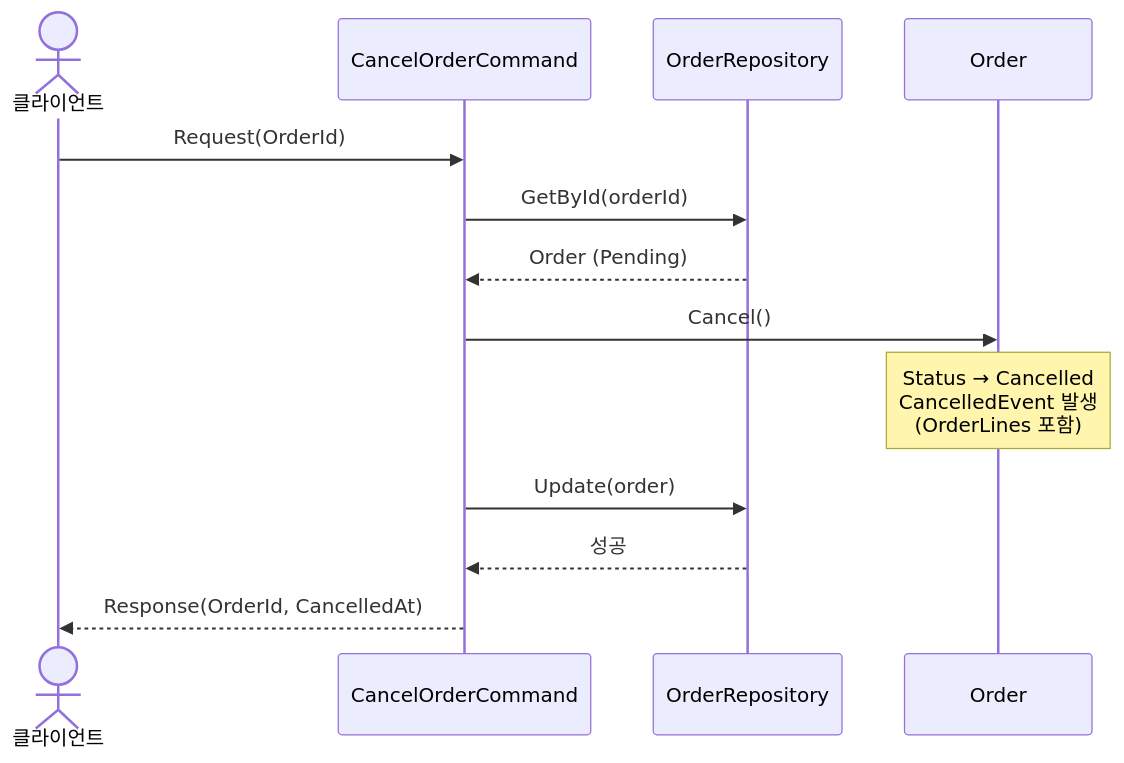
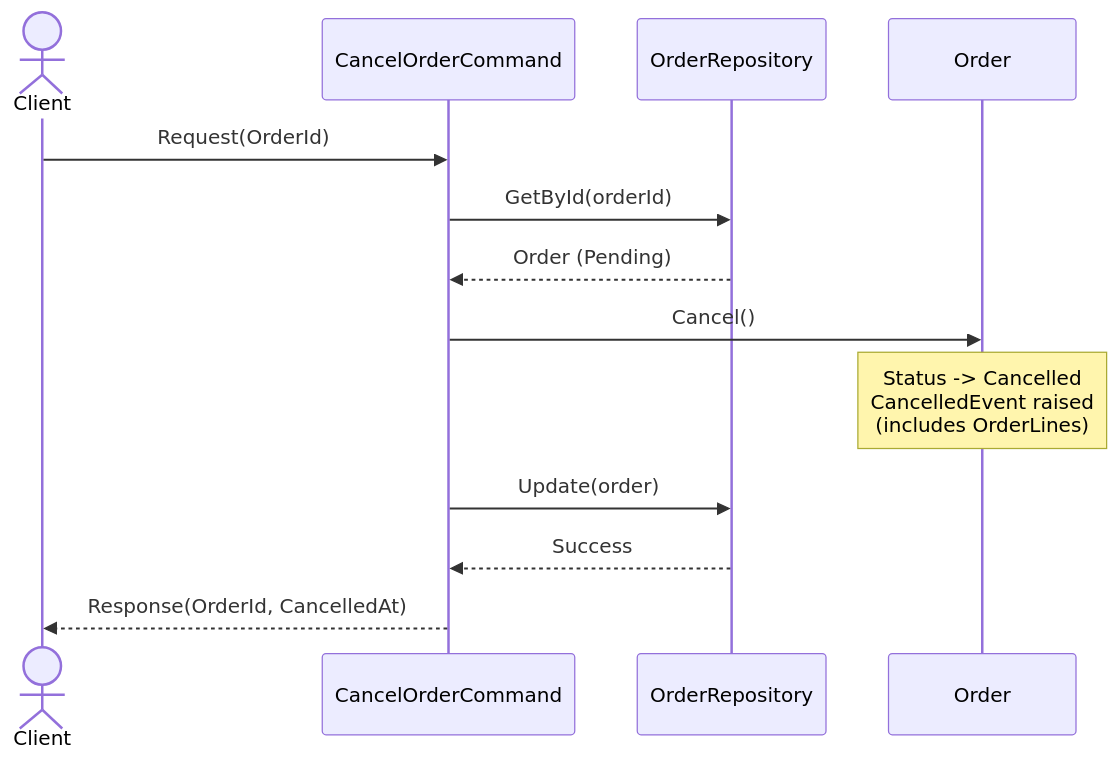
The second of 7 diagrams in Docs.Site/src/content/docs/samples/ecommerce-ddd/application/03-implementation-results.md (hhko/Functorium), drawn with Mermaid before and after one commit. The commit also changed other lines of this file, not shown here.

````diff
--- a/Docs.Site/src/content/docs/samples/ecommerce-ddd/application/03-implementation-results.md
+++ b/Docs.Site/src/content/docs/samples/ecommerce-ddd/application/03-implementation-results.md
@@ -536,16 +536,16 @@
 ```mermaid
 sequenceDiagram
-    actor Client as 클라이언트
+    actor Client as Client
     participant Cmd as CancelOrderCommand
     participant Repo as OrderRepository
     participant Order as Order
 
     Client->>Cmd: Request(OrderId)
     Cmd->>Repo: GetById(orderId)
     Repo-->>Cmd: Order (Pending)
     Cmd->>Order: Cancel()
-    Note over Order: Status → Cancelled<br/>CancelledEvent 발생<br/>(OrderLines 포함)
+    Note over Order: Status -> Cancelled<br/>CancelledEvent raised<br/>(includes OrderLines)
     Cmd->>Repo: Update(order)
-    Repo-->>Cmd: 성공
+    Repo-->>Cmd: Success
     Cmd-->>Client: Response(OrderId, CancelledAt)
 ```
````
